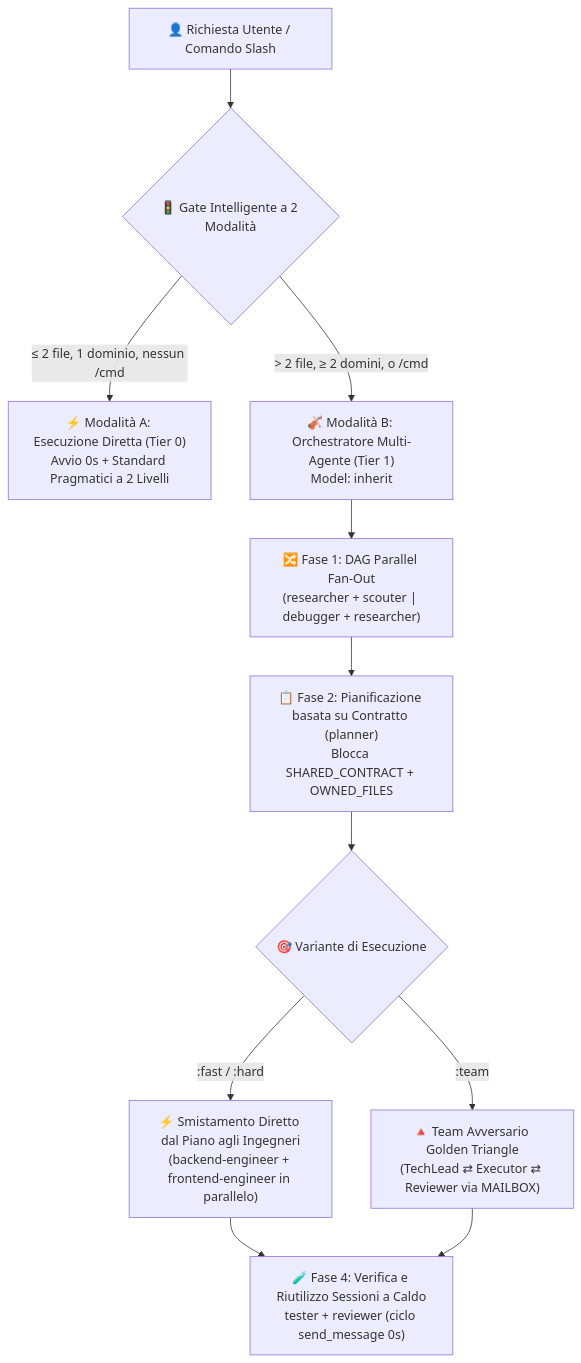
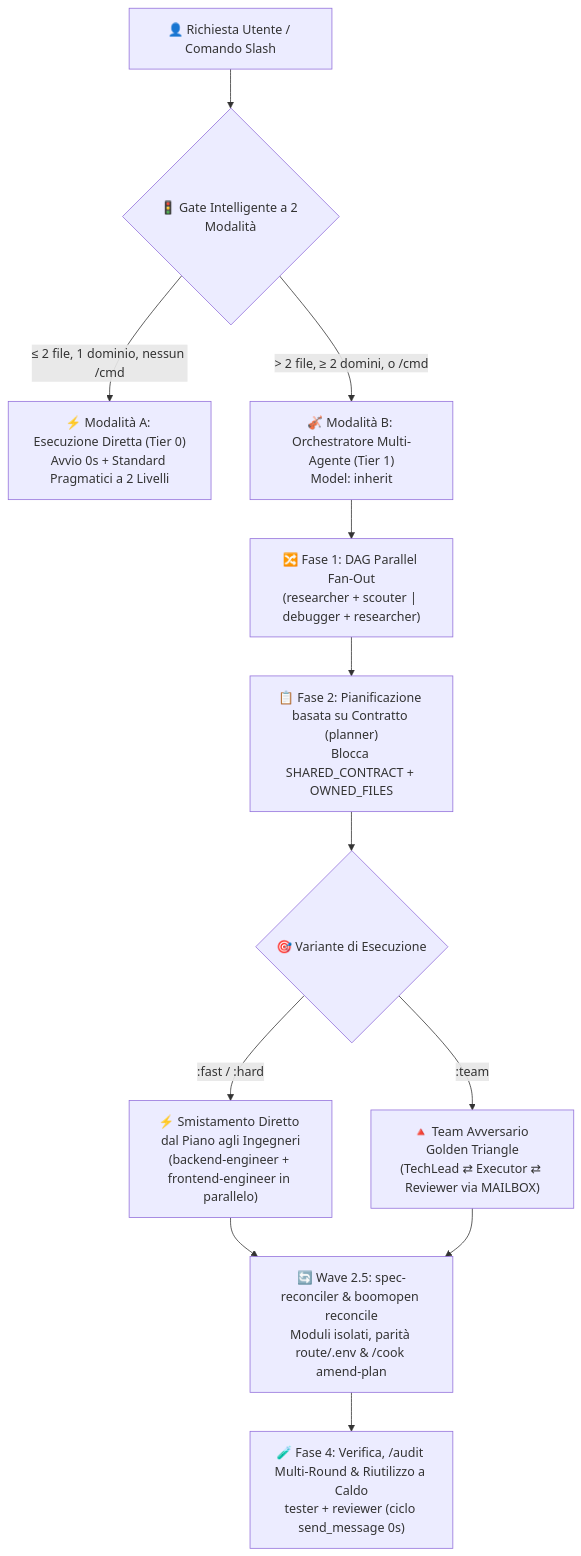
One commit to Kennyboom/BoomOpen-Workflow-Kit-Pro changed the diagram in i18n/README.it.md. Above: the diagram before and after it, drawn with Mermaid. The commit also changed other lines of this file and 17 other files, not shown here.

Commit message:
docs(i18n): sync all 17 READMEs with v5.5 reconcile, /audit, carbon-guardrails & overnight /goal prompt

````diff
--- a/i18n/README.it.md
+++ b/i18n/README.it.md
@@ -49,16 +49,17 @@
 ```mermaid
 flowchart TD
     User["👤 Richiesta Utente / Comando Slash"] --> Gate{"🚦 Gate Intelligente a 2 Modalità"}
     Gate -->|"≤ 2 file, 1 dominio, nessun /cmd"| ModeA["⚡ Modalità A: Esecuzione Diretta (Tier 0)<br/>Avvio 0s + Standard Pragmatici a 2 Livelli"]
     Gate -->|"> 2 file, ≥ 2 domini, o /cmd"| ModeB["🎻 Modalità B: Orchestratore Multi-Agente (Tier 1)<br/>Model: inherit"]
 
     ModeB --> FanOut["🔀 Fase 1: DAG Parallel Fan-Out<br/>(researcher + scouter | debugger + researcher)"]
     FanOut --> Plan["📋 Fase 2: Pianificazione basata su Contratto (planner)<br/>Blocca SHARED_CONTRACT + OWNED_FILES"]
     Plan --> Dispatch{"🎯 Variante di Esecuzione"}
 
     Dispatch -->|":fast / :hard"| Direct["⚡ Smistamento Diretto dal Piano agli Ingegneri<br/>(backend-engineer + frontend-engineer in parallelo)"]
     Dispatch -->|":team"| Triangle["🔺 Team Avversario Golden Triangle<br/>(TechLead ⇄ Executor ⇄ Reviewer via MAILBOX)"]
 
-    Direct --> Verify["🧪 Fase 4: Verifica e Riutilizzo Sessioni a Caldo<br/>tester + reviewer (ciclo send_message 0s)"]
-    Triangle --> Verify
+    Direct --> Reconcile["🔄 Wave 2.5: spec-reconciler & boomopen reconcile<br/>Moduli isolati, parità route/.env & /cook amend-plan"]
+    Triangle --> Reconcile
+    Reconcile --> Verify["🧪 Fase 4: Verifica, /audit Multi-Round & Riutilizzo a Caldo<br/>tester + reviewer (ciclo send_message 0s)"]
 ```
````
